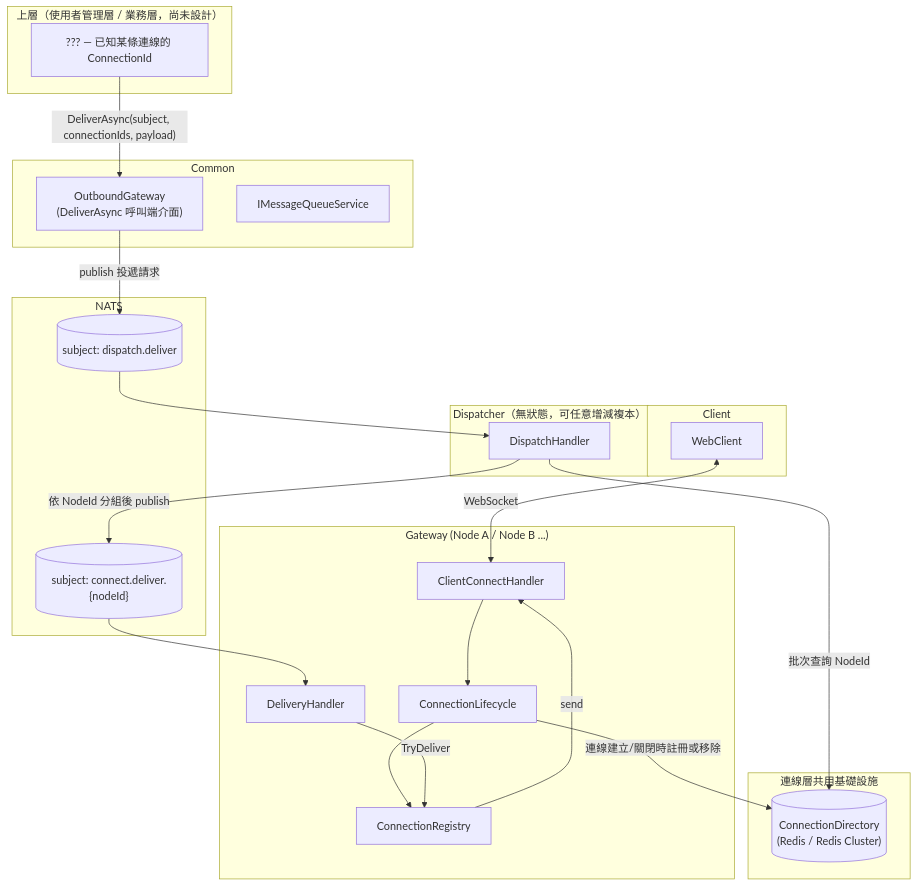
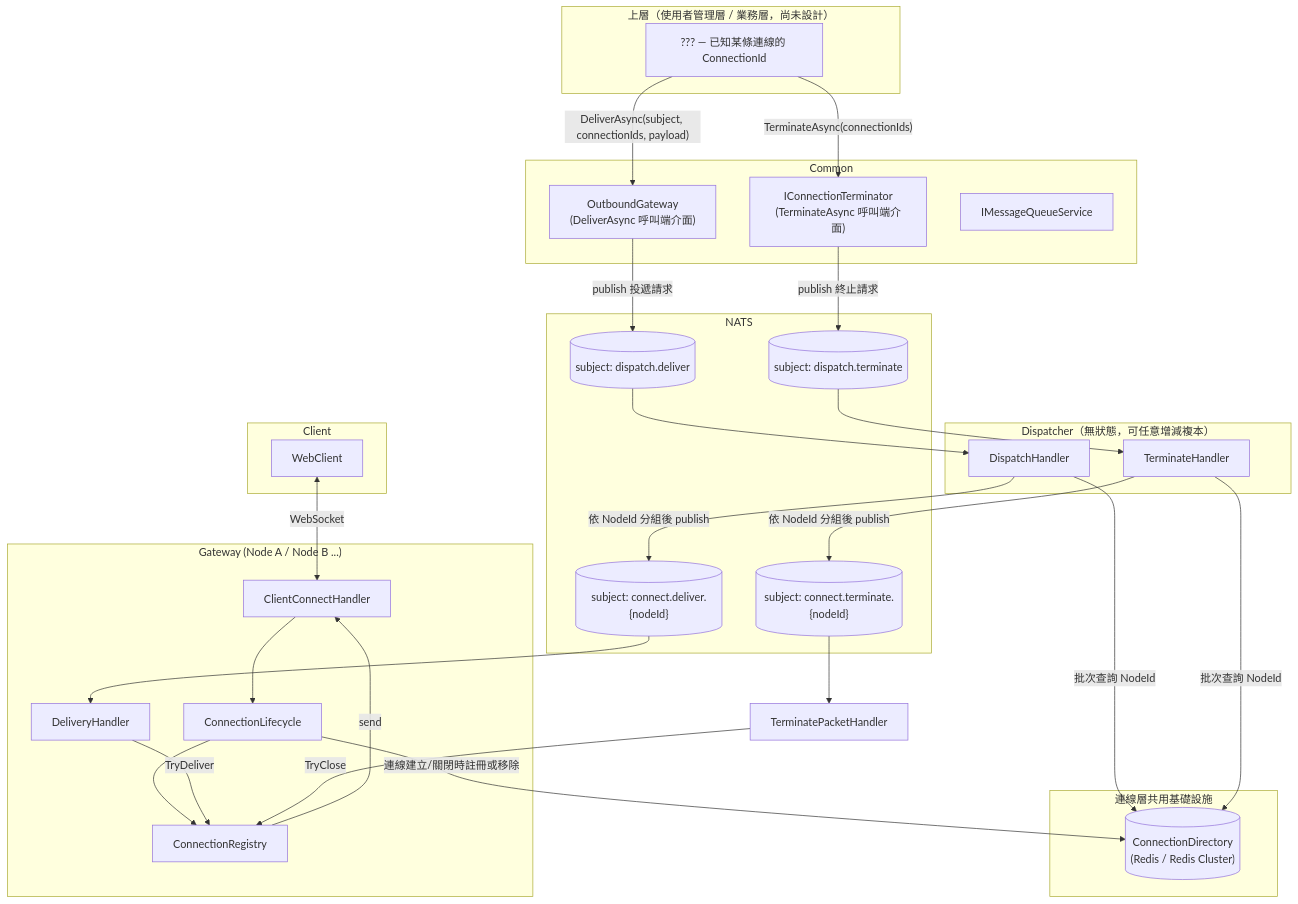
One commit to yggdrasill-dev/ChatSystem changed the first of 4 diagrams in docs/architecture/connection-layer.md. Above: the diagram before and after it, drawn with Mermaid. The commit also changed other lines of this file and 2 other files, not shown here.

First line of the commit message:
docs: 新增身分/使用者管理層設計文件，補上連線層 IConnectionTerminator 決議

````diff
--- a/docs/architecture/connection-layer.md
+++ b/docs/architecture/connection-layer.md
@@ -45,48 +46,60 @@
 ```mermaid
 graph TB
     subgraph Client
         WC[WebClient]
     end
 
     subgraph "Gateway (Node A / Node B ...)"
         CH[ClientConnectHandler]
         CR[ConnectionRegistry]
         CL[ConnectionLifecycle]
         DH[DeliveryHandler]
     end
 
     subgraph "連線層共用基礎設施"
         CD[("ConnectionDirectory\n(Redis / Redis Cluster)")]
     end
 
     subgraph Common
         OG["OutboundGateway\n(DeliverAsync 呼叫端介面)"]
+        CT["IConnectionTerminator\n(TerminateAsync 呼叫端介面)"]
         MQ[IMessageQueueService]
     end
 
     subgraph "Dispatcher（無狀態，可任意增減複本）"
         DP[DispatchHandler]
+        TP[TerminateHandler]
     end
 
     subgraph "NATS"
         SUB3[("subject: dispatch.deliver")]
         SUB2[("subject: connect.deliver.{nodeId}")]
+        SUB4[("subject: dispatch.terminate")]
+        SUB5[("subject: connect.terminate.{nodeId}")]
     end
 
     subgraph "上層（使用者管理層 / 業務層，尚未設計）"
         UP["??? — 已知某條連線的 ConnectionId"]
     end
 
     WC <-- WebSocket --> CH
     CH --> CL
     CL --> CR
     CL -- 連線建立/關閉時註冊或移除 --> CD
     UP -- "DeliverAsync(subject, connectionIds, payload)" --> OG
     OG -- publish 投遞請求 --> SUB3
     SUB3 --> DP
     DP -- 批次查詢 NodeId --> CD
     DP -- 依 NodeId 分組後 publish --> SUB2
     SUB2 --> DH
     DH -- TryDeliver --> CR
     CR -- send --> CH
+
+    UP -- "TerminateAsync(connectionIds)" --> CT
+    CT -- publish 終止請求 --> SUB4
+    SUB4 --> TP
+    TP -- 批次查詢 NodeId --> CD
+    TP -- 依 NodeId 分組後 publish --> SUB5
+    SUB5 --> TH[TerminatePacketHandler]
+    TH -- TryClose --> CR
 ```
````
